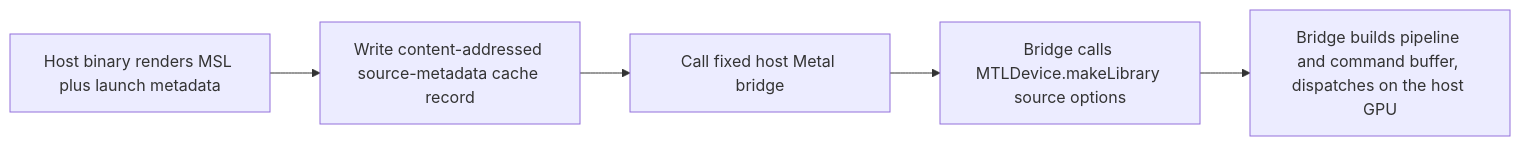
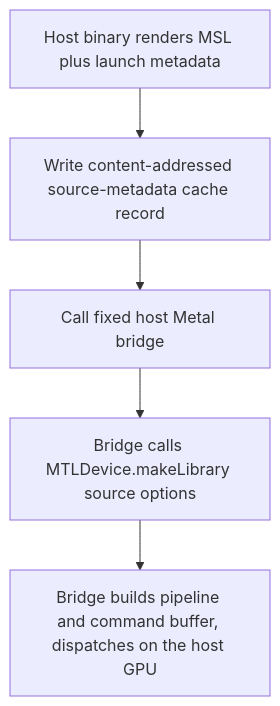
Before and after one commit to Tuee22/amoebius: the diagram in documents/engineering/apple_metal_headless_builds.md, drawn with Mermaid. The commit also changed other lines of this file and 27 other files, not shown here.

````diff
--- a/documents/engineering/apple_metal_headless_builds.md
+++ b/documents/engineering/apple_metal_headless_builds.md
@@ -33,7 +33,7 @@
 ```mermaid
-flowchart LR
+flowchart TD
   render[Host binary renders MSL plus launch metadata] --> cache[Write content-addressed source-metadata cache record]
   cache --> bridge[Call fixed host Metal bridge]
   bridge --> compile[Bridge calls MTLDevice.makeLibrary source options]
   compile --> dispatch[Bridge builds pipeline and command buffer, dispatches on the host GPU]
 ```
````
